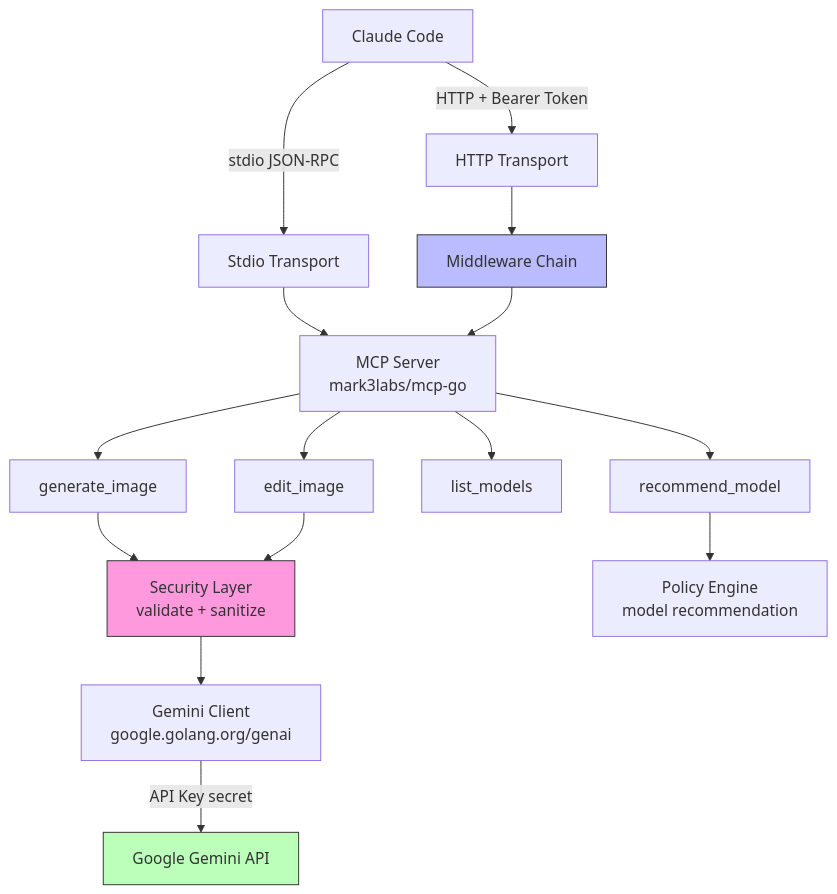
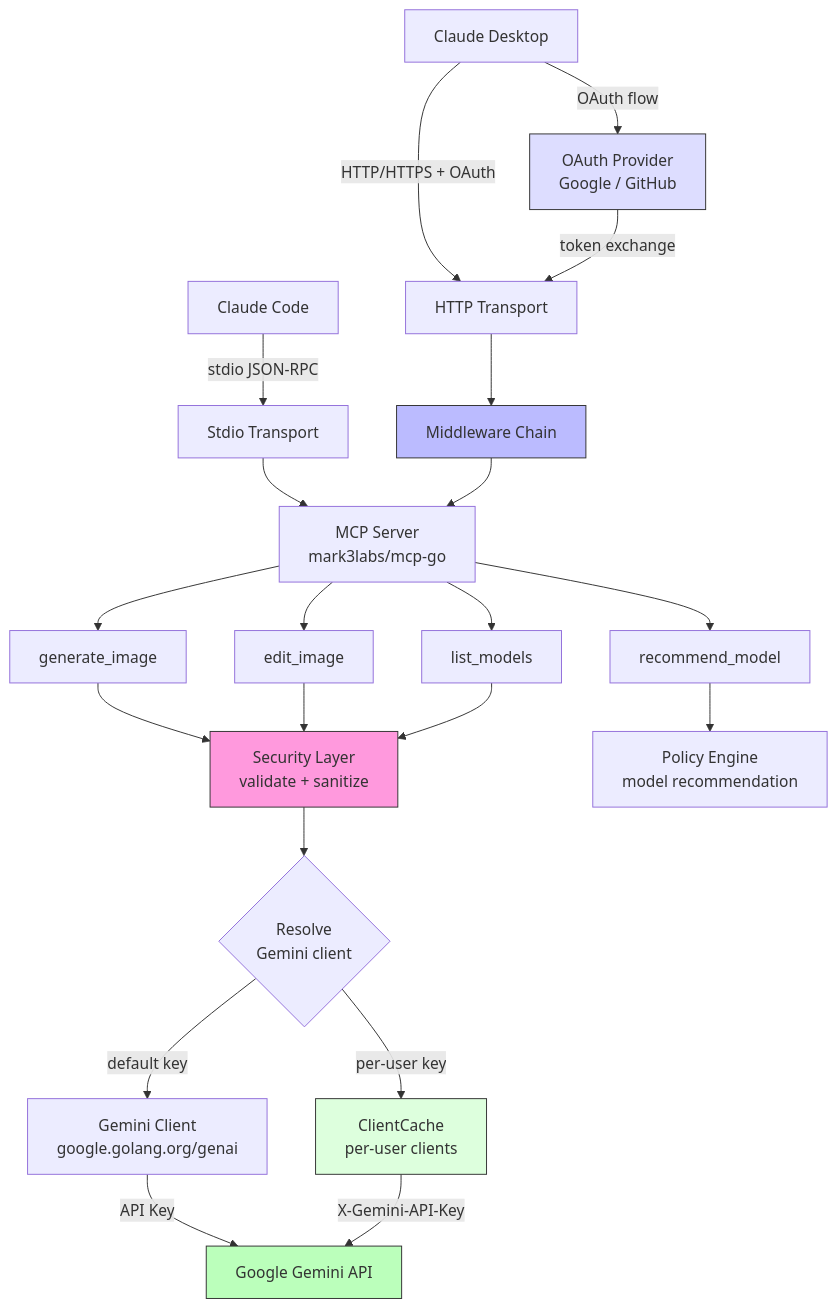
One commit to reshinto/mcp-banana changed the diagram in docs/diagrams/high-level-architecture.mmd. Above: the diagram before and after it, drawn with Mermaid. The commit also changed 13 other files, not shown here.

Commit message:
Update all mermaid diagrams for OAuth, per-user keys, and TLS

```diff
--- a/docs/diagrams/high-level-architecture.mmd
+++ b/docs/diagrams/high-level-architecture.mmd
@@ -1,24 +1,33 @@
 graph TB
     CC[Claude Code] -->|stdio JSON-RPC| STDIO[Stdio Transport]
-    CC -->|HTTP + Bearer Token| HTTP[HTTP Transport]
+    CD[Claude Desktop] -->|HTTP/HTTPS + OAuth| HTTP[HTTP Transport]
 
     STDIO --> MCP[MCP Server<br/>mark3labs/mcp-go]
     HTTP --> MW[Middleware Chain]
     MW --> MCP
+
+    CD -->|OAuth flow| OAUTH[OAuth Provider<br/>Google / GitHub]
+    OAUTH -->|token exchange| HTTP
 
     MCP --> GEN[generate_image]
     MCP --> EDIT[edit_image]
     MCP --> LIST[list_models]
     MCP --> REC[recommend_model]
 
     GEN --> SEC[Security Layer<br/>validate + sanitize]
     EDIT --> SEC
+    LIST --> SEC
     REC --> POL[Policy Engine<br/>model recommendation]
 
-    SEC --> GEM[Gemini Client<br/>google.golang.org/genai]
+    SEC --> RESOLVE{Resolve<br/>Gemini client}
+    RESOLVE -->|default key| GCLIENT[Gemini Client<br/>google.golang.org/genai]
+    RESOLVE -->|per-user key| CACHE[ClientCache<br/>per-user clients]
 
-    GEM -->|API Key secret| API[Google Gemini API]
+    GCLIENT -->|API Key| API[Google Gemini API]
+    CACHE -->|X-Gemini-API-Key| API
 
     style SEC fill:#f9d,stroke:#333
     style MW fill:#bbf,stroke:#333
     style API fill:#bfb,stroke:#333
+    style OAUTH fill:#ddf,stroke:#333
+    style CACHE fill:#dfd,stroke:#333
```
